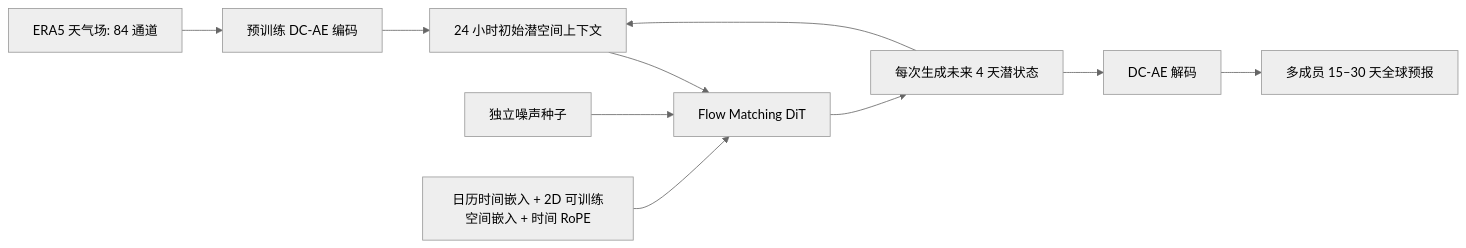
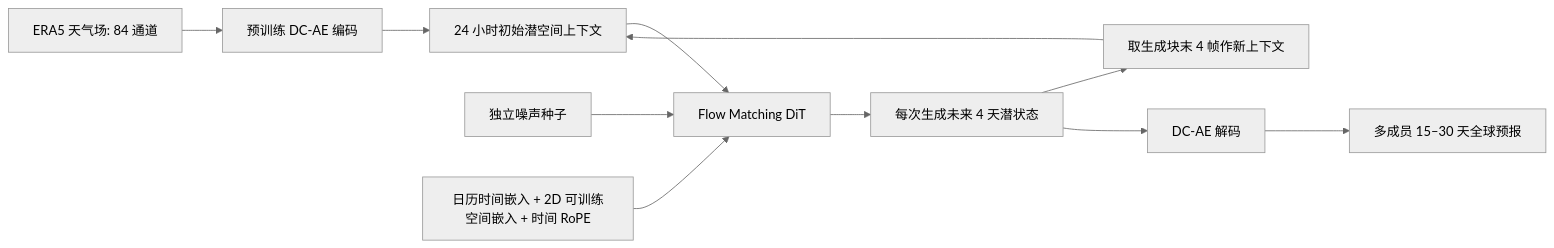
The diagram in notes/s2s/15-marchuk.md (morestart/weather-dl-paper-notes), drawn with Mermaid (neutral theme) before and after one commit. The commit also changed other lines of this file and 2 other files, not shown here.

Commit message:
Audit Marchuk architecture, datasets and full result tables

````diff
--- a/notes/s2s/15-marchuk.md
+++ b/notes/s2s/15-marchuk.md
@@ -9,12 +9,13 @@
 ```mermaid
 flowchart LR
   E[ERA5 天气场: 84 通道] --> AE[预训练 DC-AE 编码]
   AE --> H[24 小时初始潜空间上下文]
   Z[独立噪声种子] --> FM[Flow Matching DiT]
   H --> FM
   T[日历时间嵌入 + 2D 可训练空间嵌入 + 时间 RoPE] --> FM
   FM --> F[每次生成未来 4 天潜状态]
-  F --> H
+  F --> C[取生成块末 4 帧作新上下文]
+  C --> H
   F --> DEC[DC-AE 解码]
   DEC --> Y[多成员 15–30 天全球预报]
 ```
````
